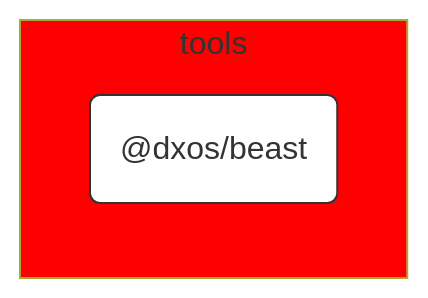
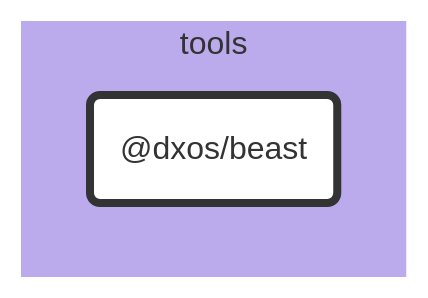
Before and after one commit to dxos/dxos: the diagram in tools/beast/docs/README.md, drawn with Mermaid. The commit also changed 84 other files, not shown here.

````diff
--- a/tools/beast/docs/README.md
+++ b/tools/beast/docs/README.md
@@ -7,20 +7,20 @@
 ```mermaid
 %%{ init: {'flowchart':{'curve':'basis'}} }%%
 
 flowchart LR
 
 %% Classes
-classDef default fill:#fff,stroke:#333,stroke-width:1px
-classDef root2 fill:#fff,stroke:#333,stroke-width:4px
+classDef def fill:#fff,stroke:#333,stroke-width:1px
+classDef root fill:#fff,stroke:#333,stroke-width:4px
 
 %% Nodes
 
-subgraph tools1 [tools]
-  style tools1 fill:red
+subgraph tools [tools]
+  style tools fill:#bbabed,stroke:#fff
   dxos/beast("@dxos/beast"):::root
   click dxos/beast "dxos/dxos/tree/main/tools/beast/docs"
 end
 
 %% Links
 linkStyle default stroke:#333,stroke-width:1px
 ```
````
